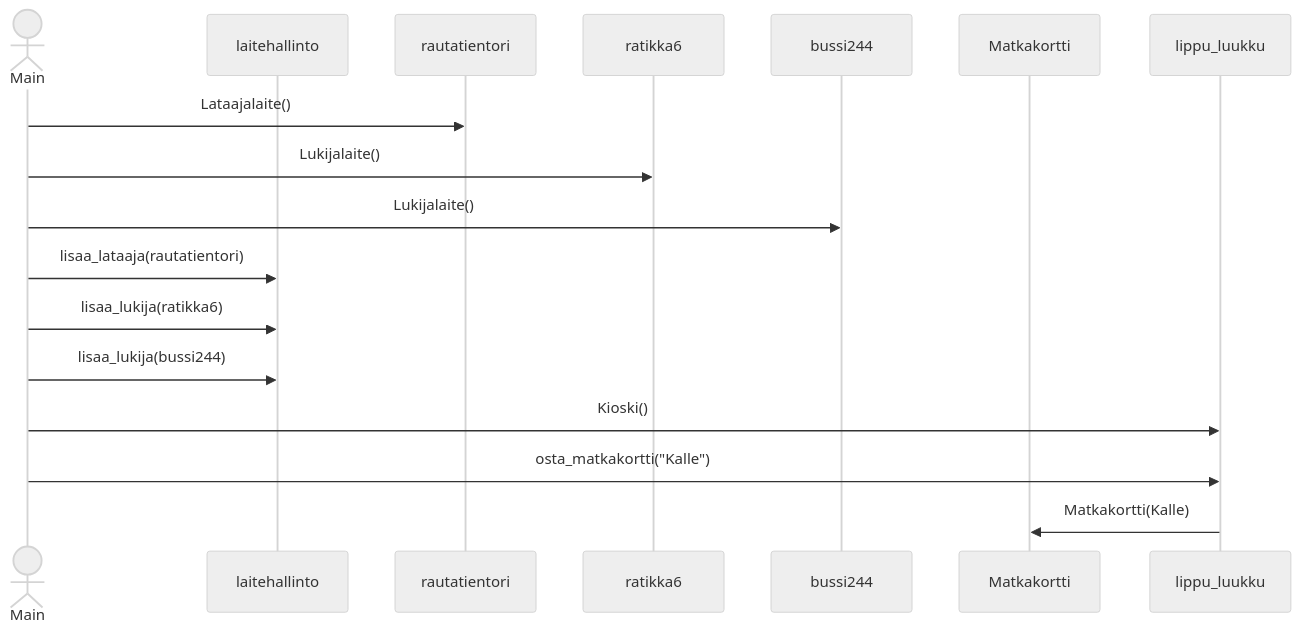
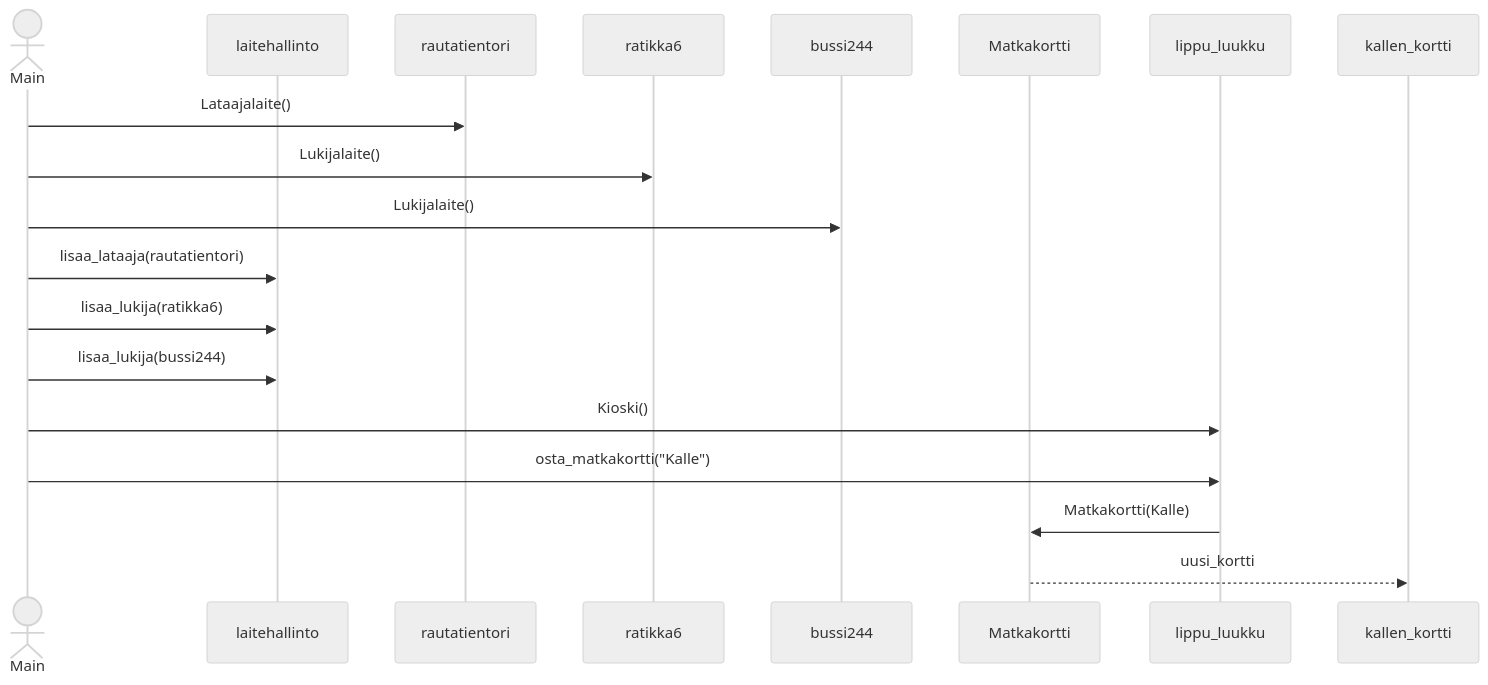
One commit to Germuu/ot-harjoitusty- changed the diagram in laskarit/viikko3/sekvenssikaavio.md. Above: the diagram before and after it, drawn with Mermaid (neutral theme).

````diff
--- a/laskarit/viikko3/sekvenssikaavio.md
+++ b/laskarit/viikko3/sekvenssikaavio.md
@@ -1,27 +1,28 @@
 ```mermaid
 sequenceDiagram
   actor Main
   participant laitehallinto
   participant rautatientori
   participant ratikka6
   participant bussi244
   participant Matkakortti
   
   Main ->> rautatientori : Lataajalaite()
   Main ->> ratikka6: Lukijalaite()
   Main ->> bussi244: Lukijalaite()
 
   Main ->> laitehallinto : lisaa_lataaja(rautatientori)
   Main ->> laitehallinto : lisaa_lukija(ratikka6)
   Main ->> laitehallinto : lisaa_lukija(bussi244)
 
   Main ->> lippu_luukku : Kioski()
   Main ->> lippu_luukku : osta_matkakortti("Kalle")
   lippu_luukku ->> Matkakortti : Matkakortti(Kalle)
+  Matkakortti -->> kallen_kortti : uusi_kortti
   
 
   
   
 
  
 ```
````
